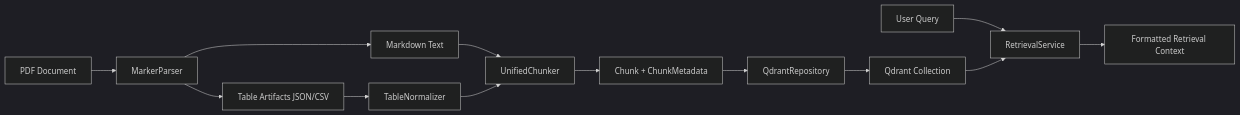
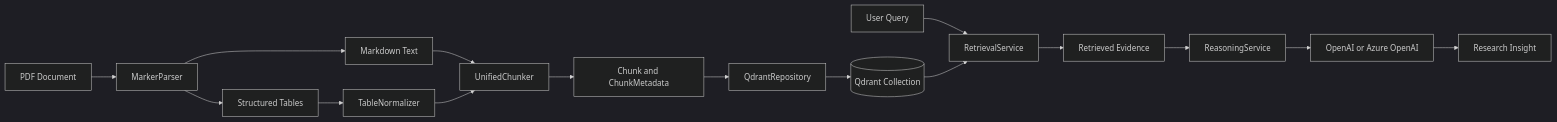
Before and after one commit to AlessiaYanChen/medical-research-rag-pipeline: the first of 3 diagrams in architecture.md, drawn with Mermaid (dark theme). The commit also changed other lines of this file and 1 other file, not shown here.

Commit message:
Add README and align architecture documentation

````diff
--- a/architecture.md
+++ b/architecture.md
@@ -55,15 +67,18 @@
 ```mermaid
 flowchart LR
     A[PDF Document] --> B[MarkerParser]
     B --> C[Markdown Text]
-    B --> D[Table Artifacts JSON/CSV]
+    B --> D[Structured Tables]
     D --> E[TableNormalizer]
     C --> F[UnifiedChunker]
     E --> F
-    F --> G[Chunk + ChunkMetadata]
+    F --> G[Chunk and ChunkMetadata]
     G --> H[QdrantRepository]
-    H --> I[Qdrant Collection]
+    H --> I[(Qdrant Collection)]
     J[User Query] --> K[RetrievalService]
     I --> K
-    K --> L[Formatted Retrieval Context]
+    K --> L[Retrieved Evidence]
+    L --> M[ReasoningService]
+    M --> N[OpenAI or Azure OpenAI]
+    N --> O[Research Insight]
 ```
````
